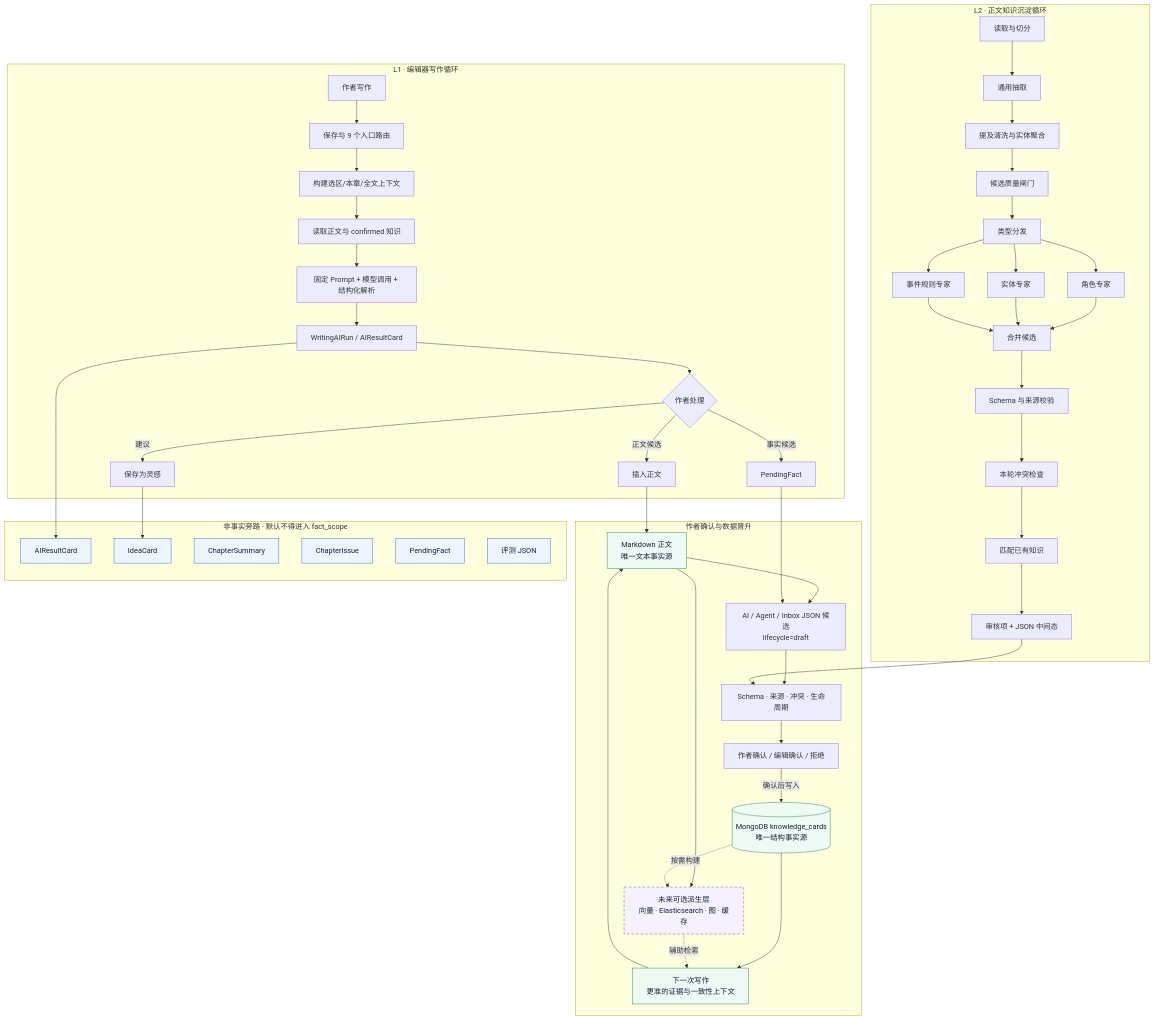
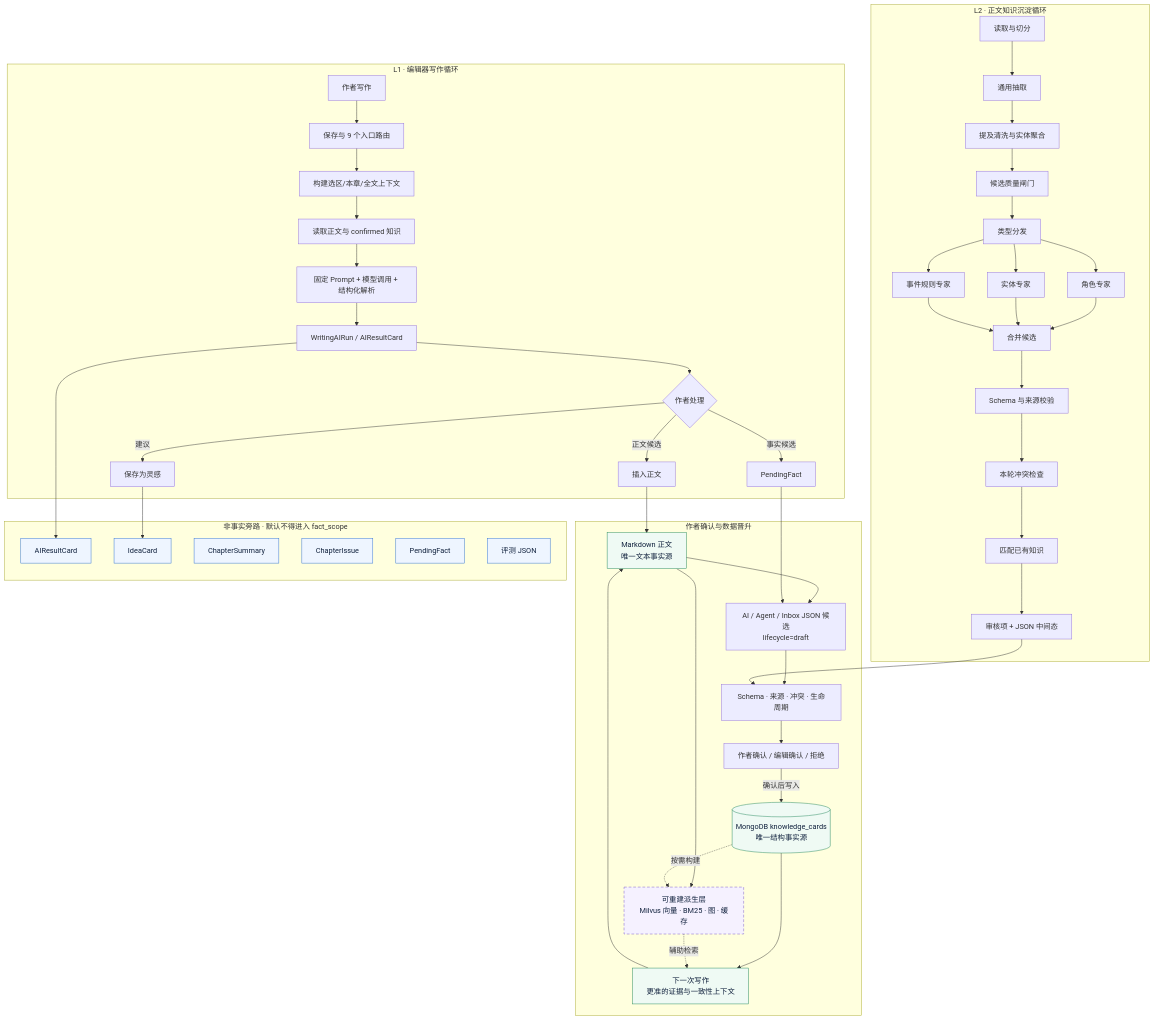
Before and after one commit to qingluo201816/taichu: the diagram in docs/临时架构/7-10太初双闭环与知识复利.mmd, drawn with Mermaid. The commit also changed 156 other files, not shown here.

```diff
--- a/docs/临时架构/7-10太初双闭环与知识复利.mmd
+++ b/docs/临时架构/7-10太初双闭环与知识复利.mmd
@@ -1,69 +1,69 @@
 %% 更新日期：2026-07-11
 %% 状态：临时架构快照，MongoDB 事实源已落地，仍包含未来可选能力
 flowchart TB
     subgraph L1[L1 · 编辑器写作循环]
         Write[作者写作] --> Route[保存与 9 个入口路由]
         Route --> Context[构建选区/本章/全文上下文]
         Context --> Retrieve[读取正文与 confirmed 知识]
         Retrieve --> Prompt[固定 Prompt + 模型调用 + 结构化解析]
         Prompt --> Card[WritingAIRun / AIResultCard]
         Card --> Action{作者处理}
         Action -->|正文候选| Insert[插入正文]
         Action -->|建议| Idea[保存为灵感]
         Action -->|事实候选| Pending[PendingFact]
     end
 
     subgraph L2[L2 · 正文知识沉淀循环]
         Load[读取与切分] --> General[通用抽取]
         General --> Normalize[提及清洗与实体聚合]
         Normalize --> Gate[候选质量闸门]
         Gate --> Dispatch[类型分发]
         Dispatch --> Character[角色专家]
         Dispatch --> Entity[实体专家]
         Dispatch --> EventRule[事件规则专家]
         Character --> Merge[合并候选]
         Entity --> Merge
         EventRule --> Merge
         Merge --> Validate[Schema 与来源校验]
         Validate --> Conflict[本轮冲突检查]
         Conflict --> Match[匹配已有知识]
         Match --> Review[审核项 + JSON 中间态]
     end
 
     subgraph GOVERNANCE[作者确认与数据晋升]
         Markdown[Markdown 正文<br/>唯一文本事实源]
         Candidate[AI / Agent / Inbox JSON 候选<br/>lifecycle=draft]
         Checks[Schema · 来源 · 冲突 · 生命周期]
         Author[作者确认 / 编辑确认 / 拒绝]
         Mongo[(MongoDB knowledge_cards<br/>唯一结构事实源)]
-        Projection[未来可选派生层<br/>向量 · Elasticsearch · 图 · 缓存]
+        Projection[可重建派生层<br/>Milvus 向量 · BM25 · 图 · 缓存]
         Future[下一次写作<br/>更准的证据与一致性上下文]
         Markdown --> Candidate --> Checks --> Author
         Author -->|确认后写入| Mongo
         Markdown --> Projection
         Mongo --> Future --> Markdown
         Mongo -.按需构建.-> Projection
         Projection -.辅助检索.-> Future
     end
 
     subgraph NONFACT[非事实旁路 · 默认不得进入 fact_scope]
         N1[AIResultCard]
         N2[IdeaCard]
         N3[ChapterSummary]
         N4[ChapterIssue]
         N5[PendingFact]
         N6[评测 JSON]
     end
 
     Pending --> Candidate
     Review --> Checks
     Idea --> N2
     Card --> N1
     Insert --> Markdown
 
     classDef fact fill:#effaf4,stroke:#21875a,color:#10213d;
     classDef target fill:#f5f1ff,stroke:#7455c5,color:#10213d,stroke-dasharray:6 4;
     classDef nonfact fill:#eef5ff,stroke:#2f70d0,color:#10213d;
     class Markdown,Mongo,Future fact;
     class Projection target;
     class N1,N2,N3,N4,N5,N6 nonfact;
```
